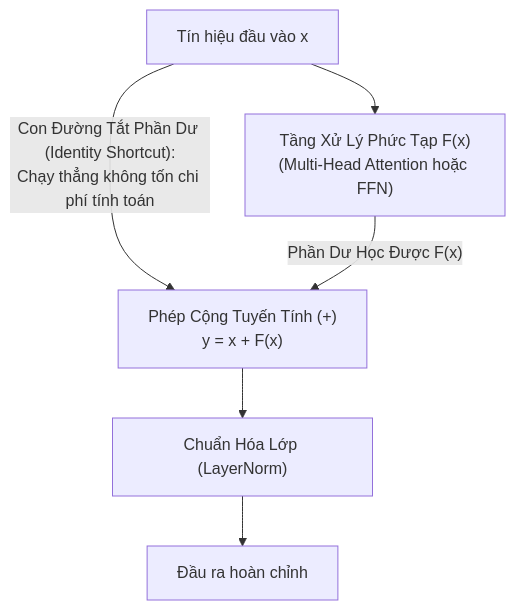
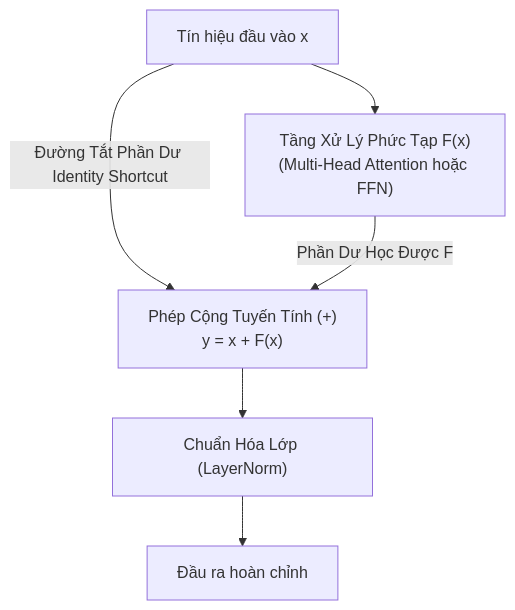
One commit to snowflake-vibing/NCKH_Johnny_Snowflake changed the diagram in docs/articles/paper-information/glossary/residual_connection.md. Above: the diagram before and after it, drawn with Mermaid. The commit also changed 1 other file, not shown here.

Commit message:
docs(glossary): fix Mermaid edge label syntax in residual_connection.md and rhwn.md

````diff
--- a/docs/articles/paper-information/glossary/residual_connection.md
+++ b/docs/articles/paper-information/glossary/residual_connection.md
@@ -52,11 +52,11 @@
 ```mermaid
 flowchart TD
     Input["Tín hiệu đầu vào x"] --> Sublayer["Tầng Xử Lý Phức Tạp F(x)\n(Multi-Head Attention hoặc FFN)"]
     
-    Input -->|"Con Đường Tắt Phần Dư (Identity Shortcut):\nChạy thẳng không tốn chi phí tính toán"| Add["Phép Cộng Tuyến Tính (+)\ny = x + F(x)"]
+    Input -->|"Đường Tắt Phần Dư Identity Shortcut"| Add["Phép Cộng Tuyến Tính (+)<br/>y = x + F(x)"]
     
-    Sublayer -->|"Phần Dư Học Được F(x)"| Add
+    Sublayer -->|Phần Dư Học Được F| Add
     
     Add --> LN["Chuẩn Hóa Lớp (LayerNorm)"]
     LN --> Out["Đầu ra hoàn chỉnh"]
 ```
````
